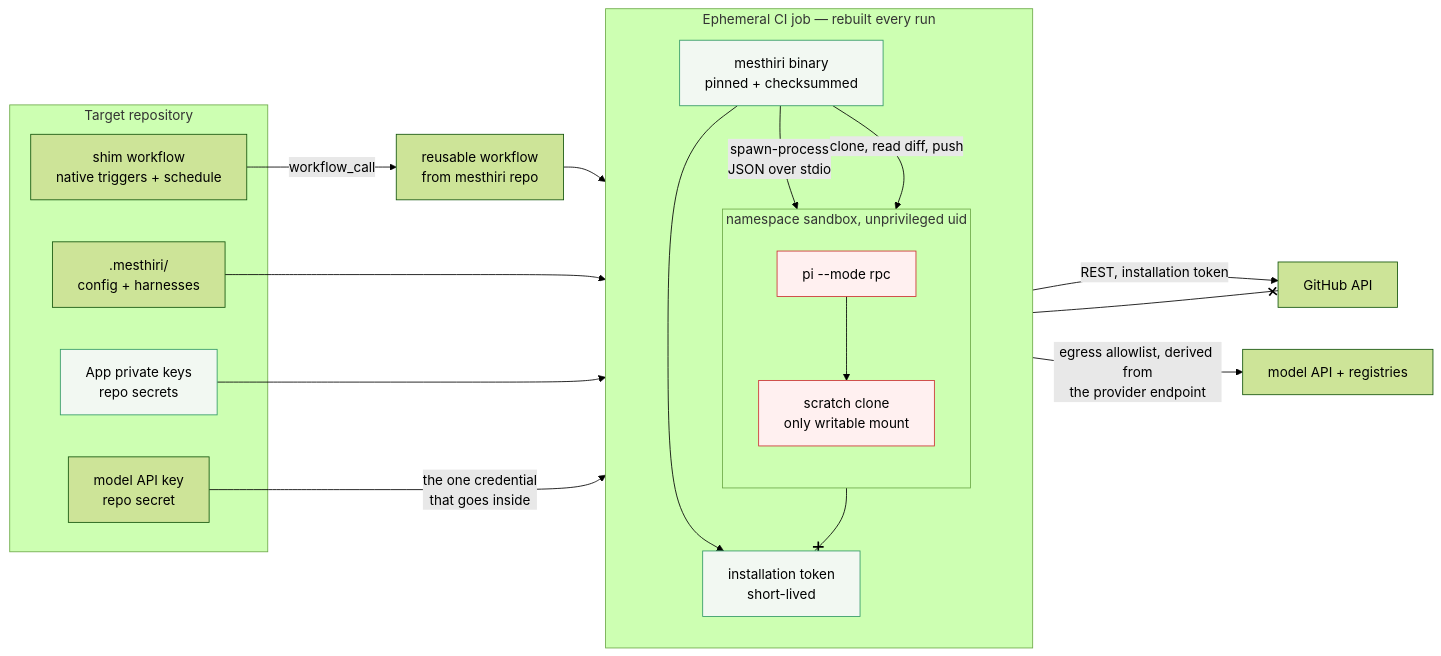
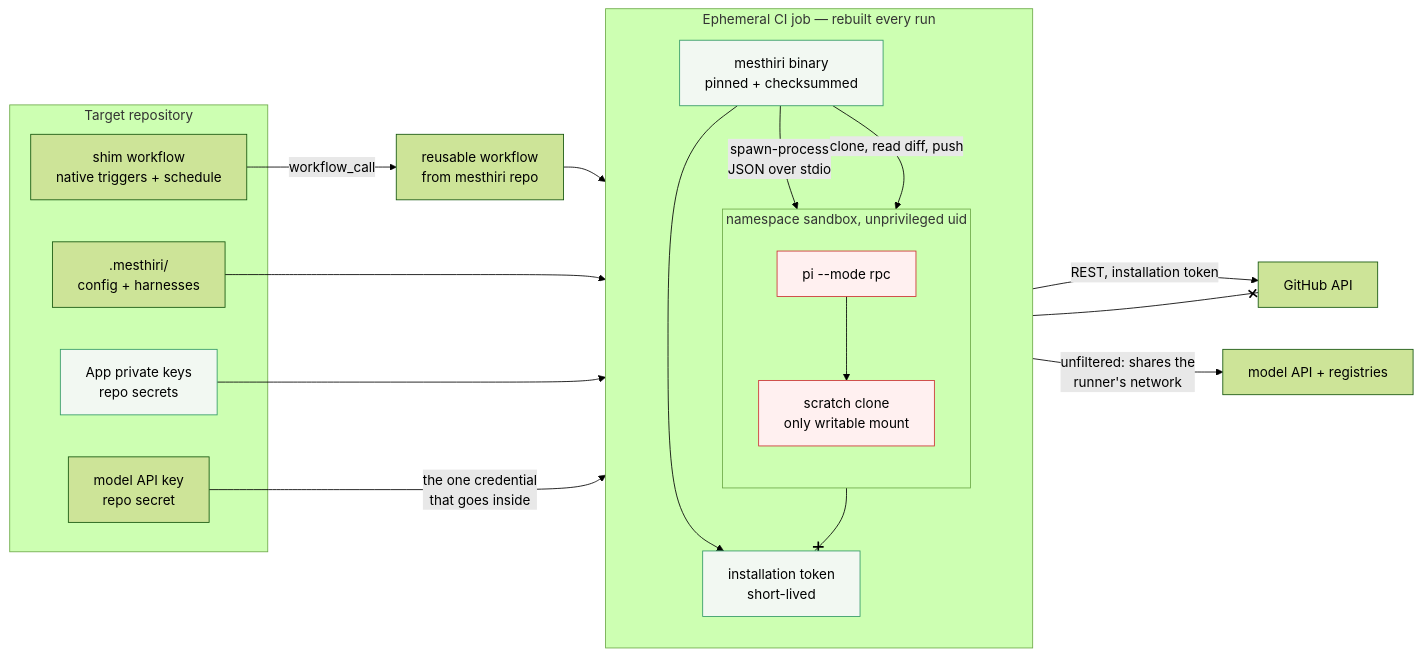
One commit to mesthiri/mesthiri changed the first of 7 diagrams in docs/architecture.md. Above: the diagram before and after it, drawn with Mermaid (forest theme). The commit also changed other lines of this file and 9 other files, not shown here.

First line of the commit message:
Contain the agent on ubuntu-latest, and stop claiming an egress filter

````diff
--- a/docs/architecture.md
+++ b/docs/architecture.md
@@ -16,39 +16,39 @@
 ```mermaid
 flowchart LR
   subgraph repo["Target repository"]
     shim["shim workflow<br/>native triggers + schedule"]
     cfg[".mesthiri/<br/>config + harnesses"]
     appkeys["App private keys<br/>repo secrets"]
     modelkey["model API key<br/>repo secret"]
   end
 
   subgraph job["Ephemeral CI job — rebuilt every run"]
     direction TB
     bin["mesthiri binary<br/>pinned + checksummed"]
     tok["installation token<br/>short-lived"]
     subgraph sbx["namespace sandbox, unprivileged uid"]
       direction TB
       agent["pi --mode rpc"]
       clone["scratch clone<br/>only writable mount"]
     end
     bin --> tok
     bin -->|"spawn-process<br/>JSON over stdio"| agent
     bin -->|"clone, read diff, push"| clone
     agent --> clone
   end
 
   shim -->|"workflow_call"| reusable["reusable workflow<br/>from mesthiri repo"]
   reusable --> bin
   cfg --> bin
   appkeys --> bin
   modelkey -->|"the one credential<br/>that goes inside"| agent
   bin -->|"REST, installation token"| gh["GitHub API"]
-  agent -->|"egress allowlist, derived from<br/>the provider endpoint"| net["model API + registries"]
+  agent -->|"unfiltered: shares the<br/>runner's network"| net["model API + registries"]
   agent --x gh
   agent --x tok
 
   classDef danger fill:#fff0f0,stroke:#c33
   classDef safe fill:#f2f8f2,stroke:#396
   class agent,clone danger
   class bin,tok,appkeys safe
 ```
````
